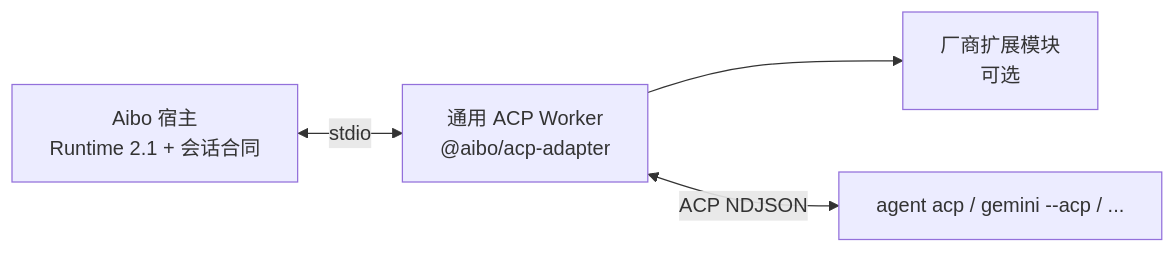
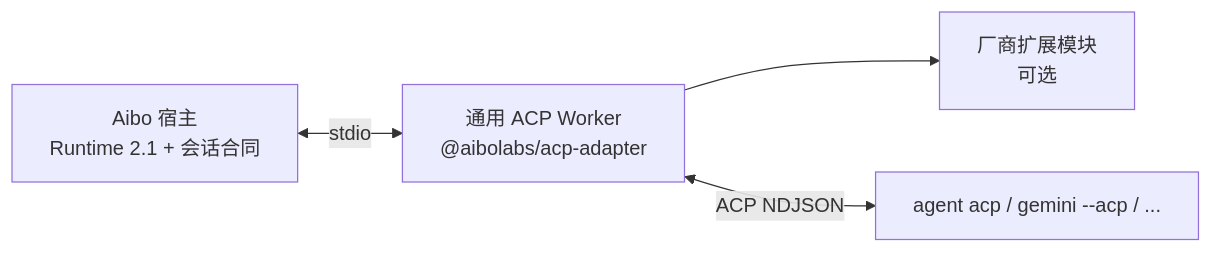
The first of 2 diagrams in docs/acp-first-agent-integration.md (chldu2000/aibo), drawn with Mermaid before and after one commit. The commit also changed other lines of this file and 73 other files, not shown here.

````diff
--- a/docs/acp-first-agent-integration.md
+++ b/docs/acp-first-agent-integration.md
@@ -47,6 +47,6 @@
 ```mermaid
 flowchart LR
-  host[Aibo 宿主<br/>Runtime 2.1 + 会话合同] <-->|stdio| worker[通用 ACP Worker<br/>@aibo/acp-adapter]
+  host[Aibo 宿主<br/>Runtime 2.1 + 会话合同] <-->|stdio| worker[通用 ACP Worker<br/>@aibolabs/acp-adapter]
   worker --> ext[厂商扩展模块<br/>可选]
   worker <-->|ACP NDJSON| agent[agent acp / gemini --acp / ...]
 ```
````
